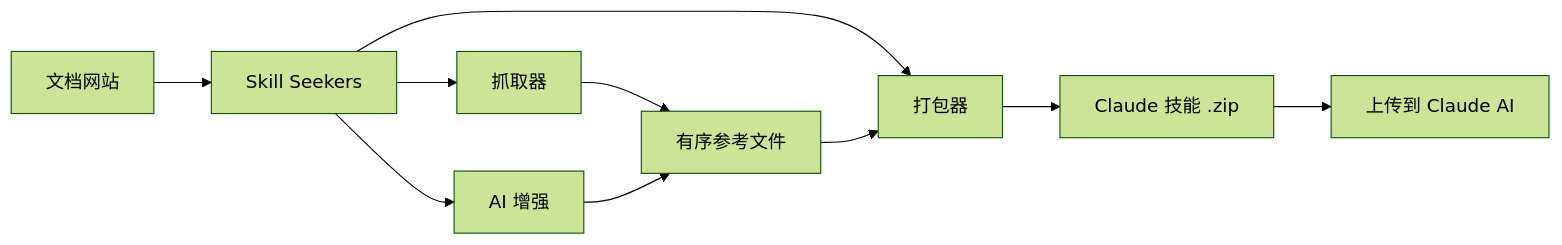
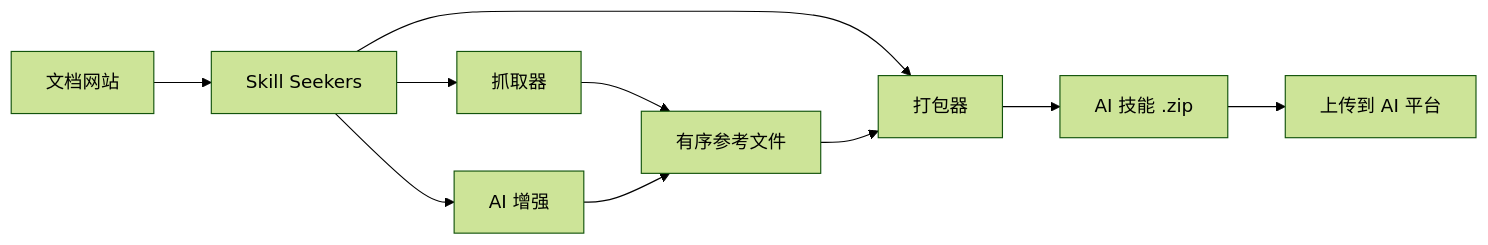
The diagram in README.zh-CN.md (yusufkaraaslan/Skill_Seekers), drawn with Mermaid (forest theme) before and after one commit. The commit also changed other lines of this file and 38 other files, not shown here.

````diff
--- a/README.zh-CN.md
+++ b/README.zh-CN.md
@@ -763,12 +970,12 @@
 ```mermaid
 graph LR
     A[文档网站] --> B[Skill Seekers]
     B --> C[抓取器]
     B --> D[AI 增强]
     B --> E[打包器]
     C --> F[有序参考文件]
     D --> F
     F --> E
-    E --> G[Claude 技能 .zip]
-    G --> H[上传到 Claude AI]
+    E --> G[AI 技能 .zip]
+    G --> H[上传到 AI 平台]
 ```
````
